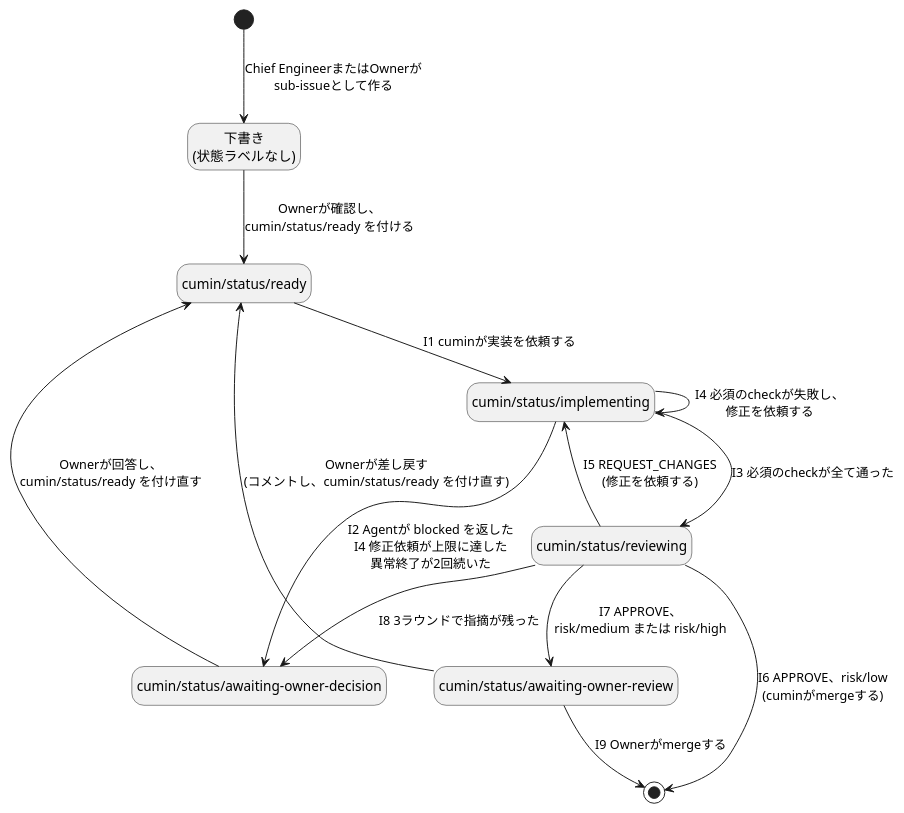
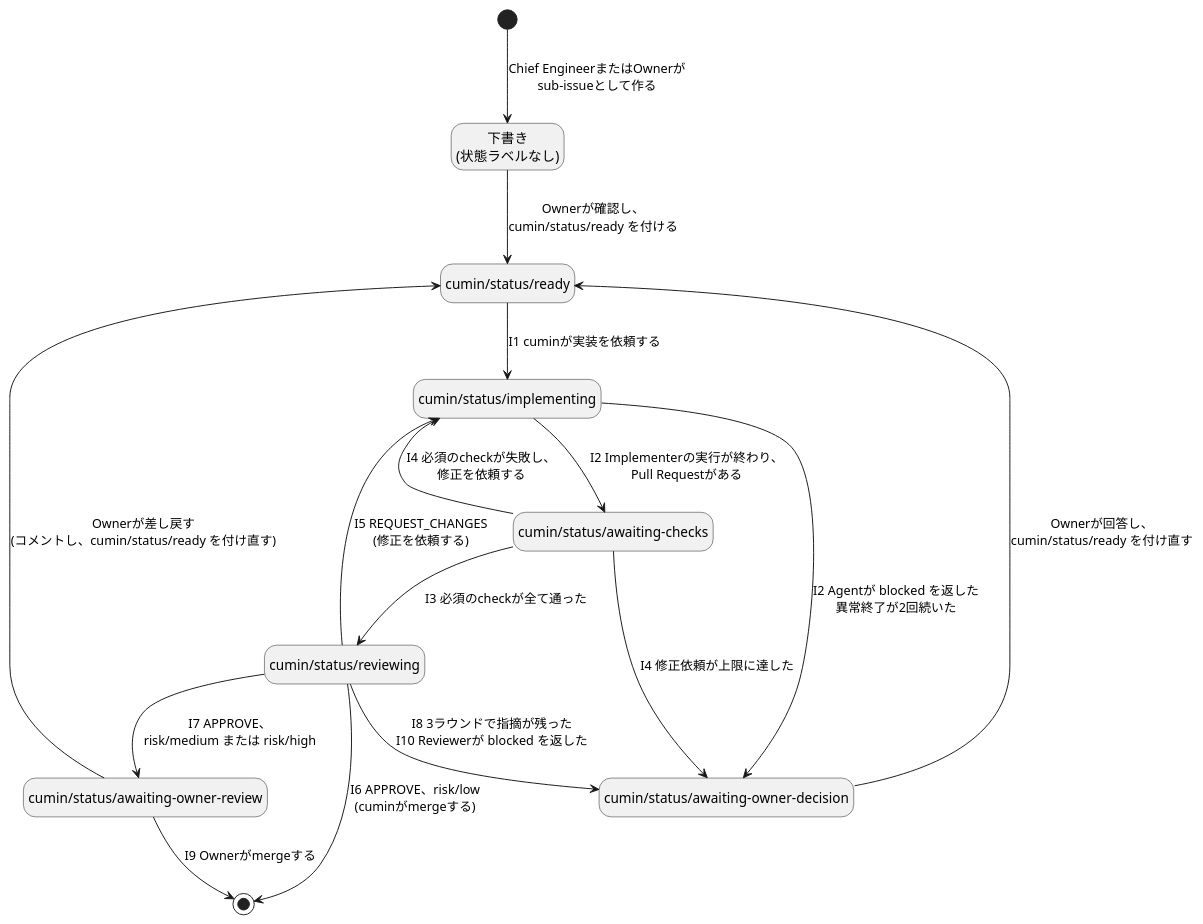
The diagram in docs/ja/requirements/workflow/implementation-issue-states.puml (cloveclovedev/cumin-works), drawn with PlantUML before and after one commit. The commit also changed 13 other files, not shown here.

```diff
--- a/docs/ja/requirements/workflow/implementation-issue-states.puml
+++ b/docs/ja/requirements/workflow/implementation-issue-states.puml
@@ -1,29 +1,32 @@
 @startuml implementation-issue-states
 ' cumin works v2 - 実装Issueの状態遷移
 ' 状態はGitHubのラベルで表す。遷移の番号 (I1など) は issue-states.md の表に対応する。
 ' SVGの書き出し: リポジトリの直下で scripts/render-diagrams.sh を実行する。
 
 hide empty description
 
 state "下書き\n(状態ラベルなし)" as Draft
 state "cumin/status/ready" as Ready
 state "cumin/status/implementing" as Implementing
+state "cumin/status/awaiting-checks" as Checks
 state "cumin/status/reviewing" as Reviewing
 state "cumin/status/awaiting-owner-review" as OwnerReview
 state "cumin/status/awaiting-owner-decision" as Decision
 
 [*] --> Draft : Chief EngineerまたはOwnerが\nsub-issueとして作る
 Draft --> Ready : Ownerが確認し、\ncumin/status/ready を付ける
 Ready --> Implementing : I1 cuminが実装を依頼する
-Implementing --> Implementing : I4 必須のcheckが失敗し、\n修正を依頼する
-Implementing --> Reviewing : I3 必須のcheckが全て通った
+Implementing --> Checks : I2 Implementerの実行が終わり、\nPull Requestがある
+Checks --> Implementing : I4 必須のcheckが失敗し、\n修正を依頼する
+Checks --> Reviewing : I3 必須のcheckが全て通った
 Reviewing --> Implementing : I5 REQUEST_CHANGES\n(修正を依頼する)
 Reviewing --> [*] : I6 APPROVE、risk/low\n(cuminがmergeする)
 Reviewing --> OwnerReview : I7 APPROVE、\nrisk/medium または risk/high
-Reviewing --> Decision : I8 3ラウンドで指摘が残った
-Implementing --> Decision : I2 Agentが blocked を返した\nI4 修正依頼が上限に達した\n異常終了が2回続いた
+Reviewing --> Decision : I8 3ラウンドで指摘が残った\nI10 Reviewerが blocked を返した
+Implementing --> Decision : I2 Agentが blocked を返した\n異常終了が2回続いた
+Checks --> Decision : I4 修正依頼が上限に達した
 OwnerReview --> [*] : I9 Ownerがmergeする
 OwnerReview --> Ready : Ownerが差し戻す\n(コメントし、cumin/status/ready を付け直す)
 Decision --> Ready : Ownerが回答し、\ncumin/status/ready を付け直す
 
 @enduml
```
